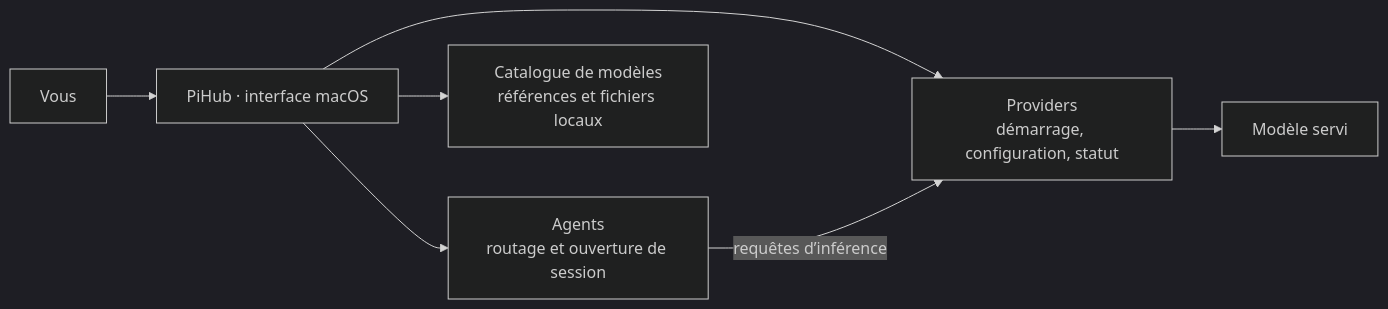
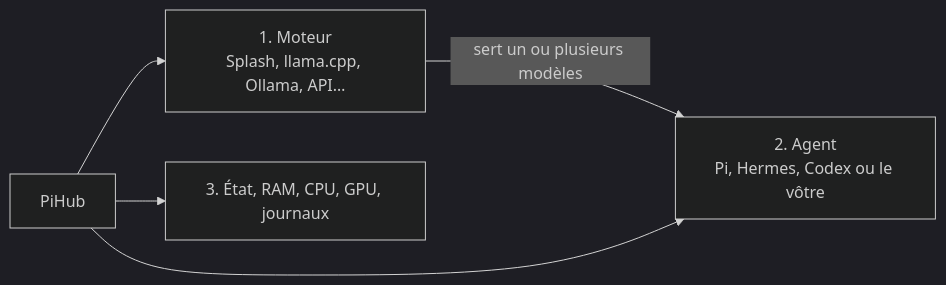
Before and after one commit to Siloze/PiHub: the diagram in README.md, drawn with Mermaid (dark theme). The commit also changed other lines of this file and 29 other files, not shown here.

First line of the commit message:
feat: transformer PiHub en hub extensible de moteurs et d’agents

````diff
--- a/README.md
+++ b/README.md
@@ -38,9 +17,7 @@
 ```mermaid
 flowchart LR
-    U["Vous"] --> H["PiHub · interface macOS"]
-    H --> P["Providers<br/>démarrage, configuration, statut"]
-    H --> A["Agents<br/>routage et ouverture de session"]
-    H --> C["Catalogue de modèles<br/>références et fichiers locaux"]
-    A -->|"requêtes d’inférence"| P
-    P --> M["Modèle servi"]
+    M["1. Moteur\nSplash, llama.cpp, Ollama, API…"] -->|sert un ou plusieurs modèles| A["2. Agent\nPi, Hermes, Codex ou le vôtre"]
+    P["PiHub"] --> M
+    P --> A
+    P --> R["3. État, RAM, CPU, GPU, journaux"]
 ```
````
